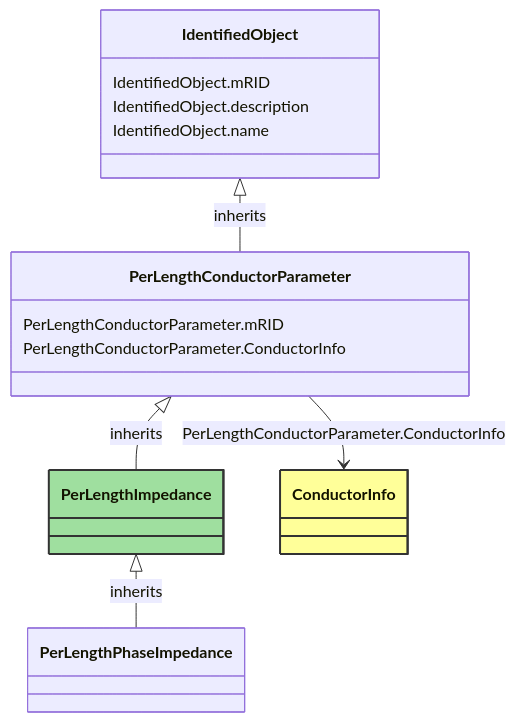
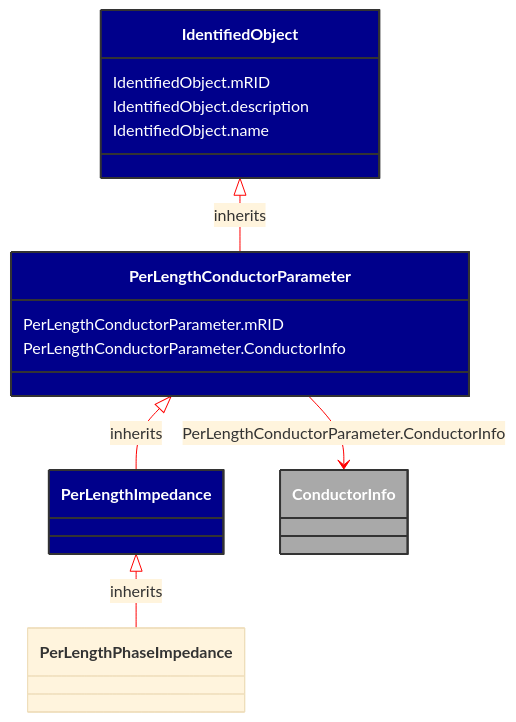
One commit to 3lbits/NoCIMExtensions changed the diagram in docs/Models/Profiles/SubseaCableInfo/AbstractClasses/PerLengthImpedance.md. Above: the diagram before and after it, drawn with Mermaid. The commit also changed 58 other files, not shown here.

````diff
--- a/docs/Models/Profiles/SubseaCableInfo/AbstractClasses/PerLengthImpedance.md
+++ b/docs/Models/Profiles/SubseaCableInfo/AbstractClasses/PerLengthImpedance.md
@@ -10,35 +10,36 @@
 ```mermaid
+%%{init: {'theme':'base','themeVariables': {'lineColor': '#FF0000'}}}%%
 classDiagram
     class PerLengthImpedance
     click PerLengthImpedance href "/Models/Profiles/SubseaCableInfo/AbstractClasses/PerLengthImpedance/"
-    style PerLengthImpedance fill:#9fdf9f,stroke:#333,stroke-width:2px,rx:10,ry:10
+    style PerLengthImpedance fill:#006400,stroke:#333,stroke-width:2px,rx:10,ry:10,color:white
 
         PerLengthImpedance <|-- PerLengthPhaseImpedance : inherits
             click PerLengthImpedance href "/Models/Profiles/SubseaCableInfo/AbstractClasses/PerLengthImpedance/"
-            style PerLengthImpedance rx:10,ry:10
+            style PerLengthImpedance fill:#00008B,stroke:#333,stroke-width:2px,rx:10,ry:10,color:white
 
         PerLengthPhaseImpedance
             click PerLengthPhaseImpedance href "/Models/Profiles/SubseaCableInfo/ConcreteClasses/PerLengthPhaseImpedance/"
-            style PerLengthPhaseImpedance rx:10,ry:10
+            style PerLengthImpedance fill:#00008B,stroke:#333,stroke-width:2px,rx:10,ry:10,color:white
 
         PerLengthConductorParameter <|-- PerLengthImpedance : inherits
             click PerLengthConductorParameter href "/Models/Profiles/SubseaCableInfo/AbstractClasses/PerLengthConductorParameter/"
-            style PerLengthConductorParameter rx:10,ry:10
+            style PerLengthConductorParameter fill:#00008B,stroke:#333,stroke-width:2px,rx:10,ry:10,color:white
 
         IdentifiedObject <|-- PerLengthConductorParameter : inherits
             click IdentifiedObject href "/Models/Profiles/SubseaCableInfo/AbstractClasses/IdentifiedObject/"
-            style IdentifiedObject rx:10,ry:10
+            style IdentifiedObject fill:#00008B,stroke:#333,stroke-width:2px,rx:10,ry:10,color:white
 
         PerLengthConductorParameter --> ConductorInfo : PerLengthConductorParameter.ConductorInfo
 
         ConductorInfo
             click ConductorInfo href "/Models/Profiles/SubseaCableInfo/AbstractClasses/ConductorInfo/"
-            style ConductorInfo fill:#ffff99,stroke:#333,stroke-width:2px,rx:10,ry:10
+            style ConductorInfo fill:#A9A9A9,stroke:#333,stroke-width:2px,rx:10,ry:10,color:white
 
 
         PerLengthConductorParameter : PerLengthConductorParameter.mRID
         PerLengthConductorParameter : PerLengthConductorParameter.ConductorInfo
         IdentifiedObject : IdentifiedObject.mRID
         IdentifiedObject : IdentifiedObject.description
         IdentifiedObject : IdentifiedObject.name
 ```
````
